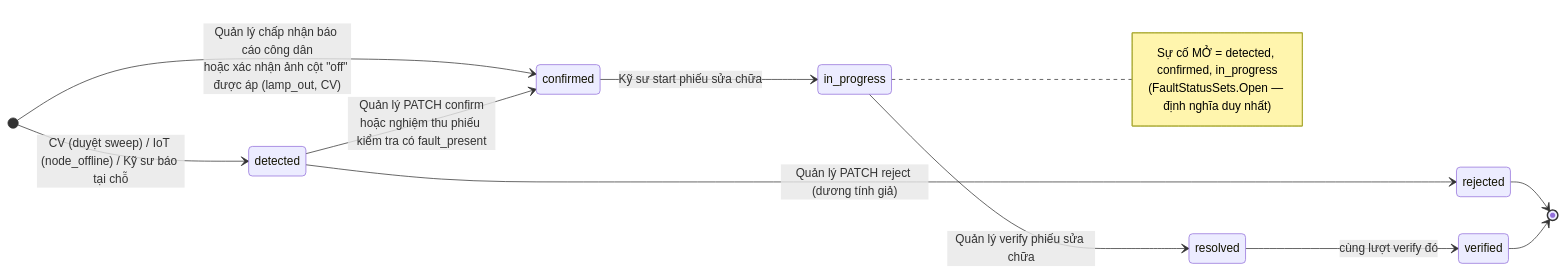
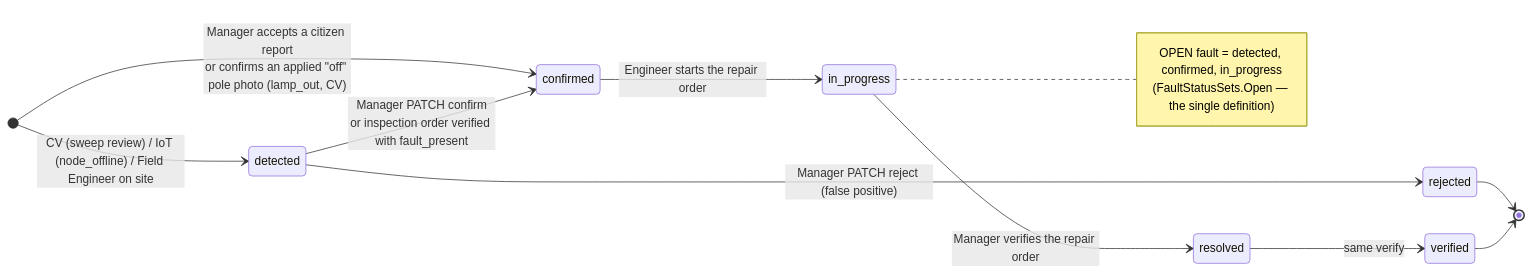
Before and after one commit to LuxMapLabs/luxmap_backend: the second of 14 diagrams in docs/state-machines.md, drawn with Mermaid. The commit also changed other lines of this file and 2 other files, not shown here.

First line of the commit message:
docs(state-machines): translate the state machine diagrams to English

````diff
--- a/docs/state-machines.md
+++ b/docs/state-machines.md
@@ -80,18 +81,18 @@
 ```mermaid
 stateDiagram-v2
     direction LR
-    [*] --> detected : CV (duyệt sweep) / IoT (node_offline) / Kỹ sư báo tại chỗ
-    [*] --> confirmed : Quản lý chấp nhận báo cáo công dân<br/>hoặc xác nhận ảnh cột "off" được áp (lamp_out, CV)
-    detected --> confirmed : Quản lý PATCH confirm<br/>hoặc nghiệm thu phiếu kiểm tra có fault_present
-    detected --> rejected : Quản lý PATCH reject (dương tính giả)
-    confirmed --> in_progress : Kỹ sư start phiếu sửa chữa
-    in_progress --> resolved : Quản lý verify phiếu sửa chữa
-    resolved --> verified : cùng lượt verify đó
+    [*] --> detected : CV (sweep review) / IoT (node_offline) / Field Engineer on site
+    [*] --> confirmed : Manager accepts a citizen report<br/>or confirms an applied "off" pole photo (lamp_out, CV)
+    detected --> confirmed : Manager PATCH confirm<br/>or inspection order verified with fault_present
+    detected --> rejected : Manager PATCH reject (false positive)
+    confirmed --> in_progress : Engineer starts the repair order
+    in_progress --> resolved : Manager verifies the repair order
+    resolved --> verified : same verify
     rejected --> [*]
     verified --> [*]
 
     note right of in_progress
-        Sự cố MỞ = detected, confirmed, in_progress
-        (FaultStatusSets.Open — định nghĩa duy nhất)
+        OPEN fault = detected, confirmed, in_progress
+        (FaultStatusSets.Open — the single definition)
     end note
 ```
````
